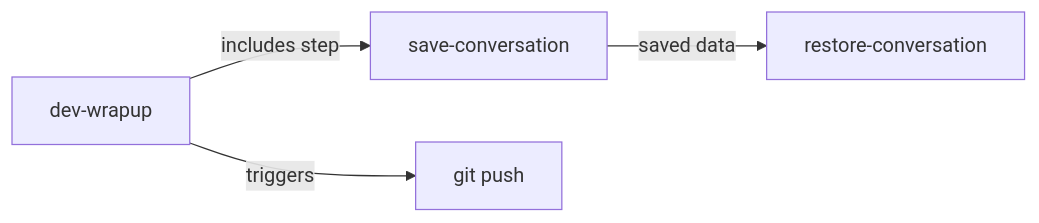
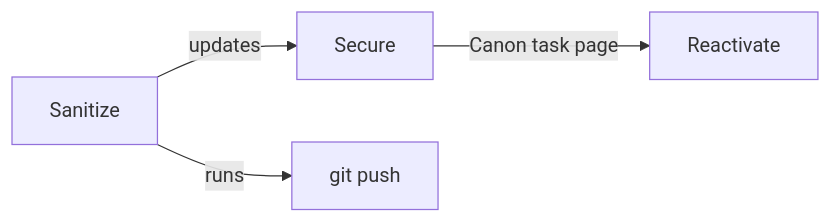
Before and after one commit to yuanhaorannnnnn/agent-skills: the second of 2 diagrams in skills/Formation/references/mode-workflow.md, drawn with Mermaid. The commit also changed 14 other files, not shown here.

````diff
--- a/skills/Formation/references/mode-workflow.md
+++ b/skills/Formation/references/mode-workflow.md
@@ -39,6 +39,6 @@
 ```mermaid
 flowchart LR
-    A["dev-wrapup"] -->|includes step| B["save-conversation"]
-    B -->|saved data| C["restore-conversation"]
-    A -->|triggers| D["git push"]
+    A["Sanitize"] -->|updates| B["Secure"]
+    B -->|Canon task page| C["Reactivate"]
+    A -->|runs| D["git push"]
 ```
````
